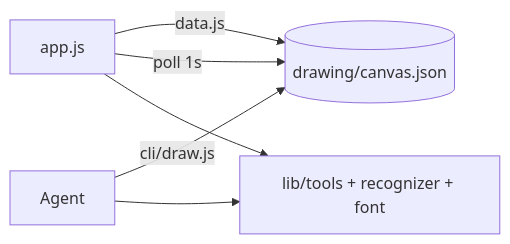
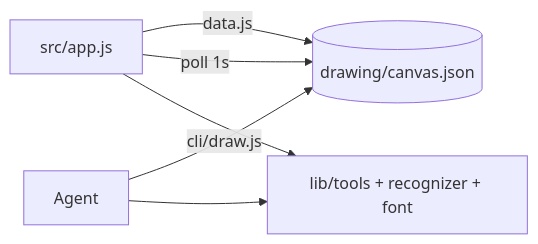
One commit to jveljan/aw-paint changed the diagram in docs/DESIGN-drawing.md. Above: the diagram before and after it, drawn with Mermaid. The commit also changed other lines of this file and 22 other files, not shown here.

````diff
--- a/docs/DESIGN-drawing.md
+++ b/docs/DESIGN-drawing.md
@@ -13,8 +13,8 @@
 ```mermaid
 flowchart LR
- UI[app.js] -- data.js --> F[(drawing/canvas.json)]
+ UI[src/app.js] -- data.js --> F[(drawing/canvas.json)]
  Agent -- cli/draw.js --> F
  UI -- poll 1s --> F
  UI --> L[lib/tools + recognizer + font]
  Agent --> L
 ```
````
